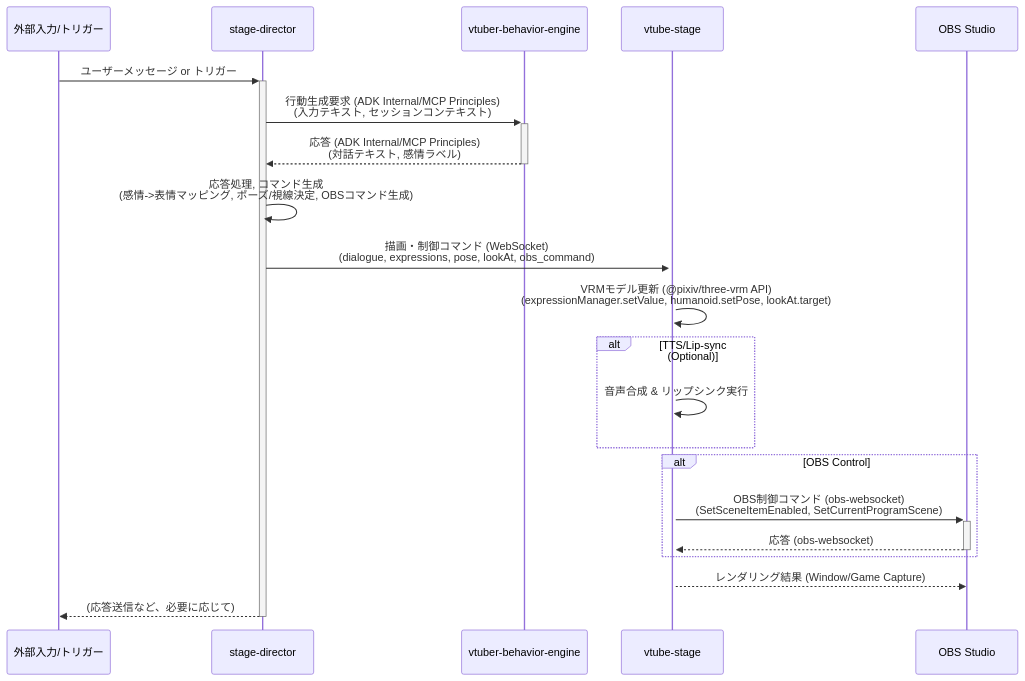
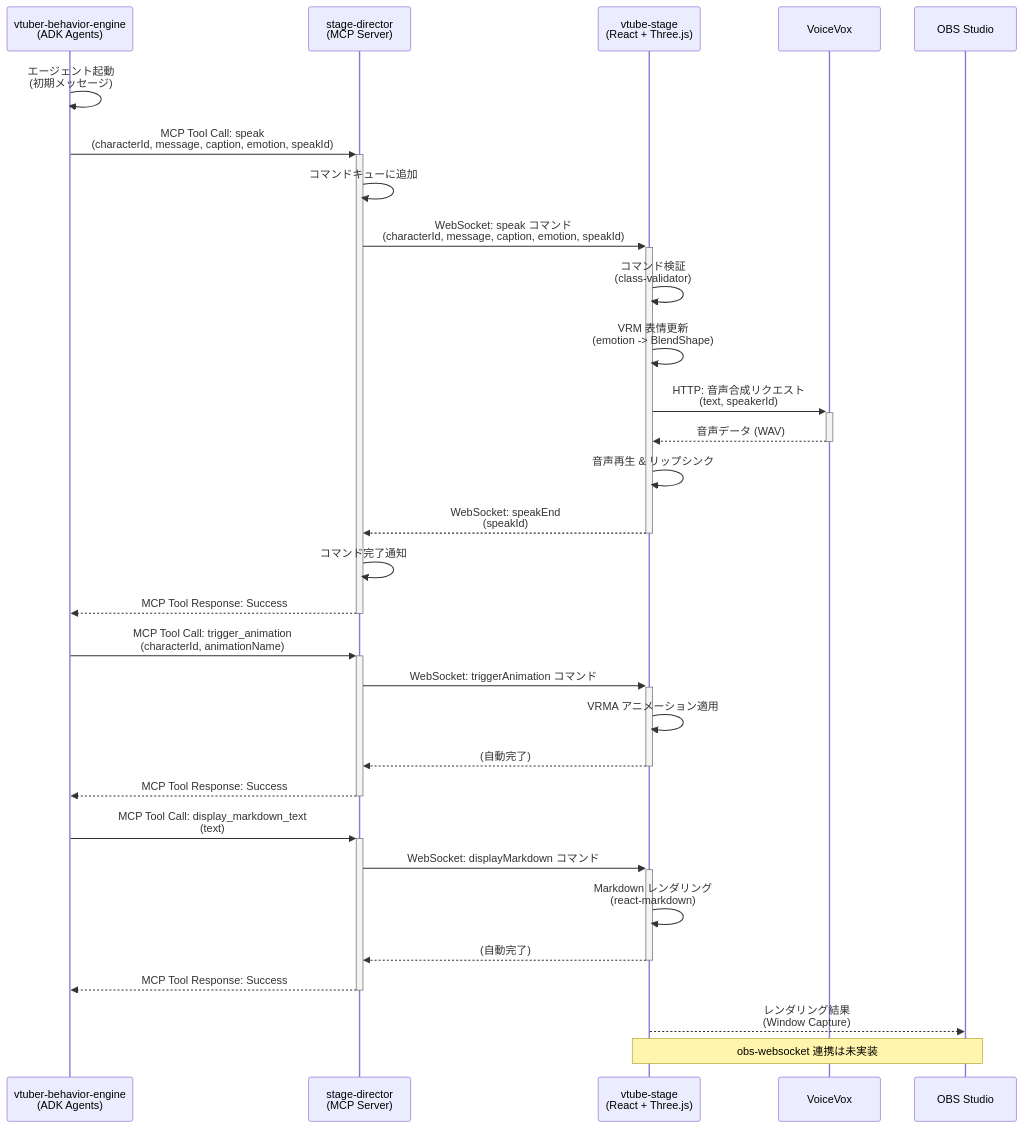
The second of 2 diagrams in docs/architecture.md (LongbowXXX/ai-tuber), drawn with Mermaid before and after one commit. The commit also changed other lines of this file and 3 other files, not shown here.

First line of the commit message:
Enhance documentation for Stage Director and VTuber Behavior Engine

````diff
--- a/docs/architecture.md
+++ b/docs/architecture.md
@@ -123,24 +121,36 @@
 ```mermaid
 sequenceDiagram
-    participant Input as 外部入力/トリガー
-    participant SD as stage-director
-    participant VBE as vtuber-behavior-engine
-    participant VS as vtube-stage
+    participant VBE as vtuber-behavior-engine<br/>(ADK Agents)
+    participant SD as stage-director<br/>(MCP Server)
+    participant VS as vtube-stage<br/>(React + Three.js)
+    participant VV as VoiceVox
     participant OBS as OBS Studio
-    Input ->>+ SD: ユーザーメッセージ or トリガー
-    SD ->>+ VBE: 行動生成要求 (ADK Internal/MCP Principles)<br/>(入力テキスト, セッションコンテキスト)
-    VBE -->>- SD: 応答 (ADK Internal/MCP Principles)<br/>(対話テキスト, 感情ラベル)
-    SD ->> SD: 応答処理, コマンド生成<br/>(感情->表情マッピング, ポーズ/視線決定, OBSコマンド生成)
-    SD ->>+ VS: 描画・制御コマンド (WebSocket)<br/>(dialogue, expressions, pose, lookAt, obs_command)
-    VS ->> VS: VRMモデル更新 (@pixiv/three-vrm API)<br/>(expressionManager.setValue, humanoid.setPose, lookAt.target)
-    alt TTS/Lip-sync (Optional)
-        VS ->> VS: 音声合成 & リップシンク実行
-    end
-    alt OBS Control
-        VS ->>+ OBS: OBS制御コマンド (obs-websocket)<br/>(SetSceneItemEnabled, SetCurrentProgramScene)
-        OBS -->>- VS: 応答 (obs-websocket)
-    end
-    VS -->> OBS: レンダリング結果 (Window/Game Capture)
-    SD -->>- Input: (応答送信など、必要に応じて)
 
+    VBE ->> VBE: エージェント起動<br/>(初期メッセージ)
+    VBE ->>+ SD: MCP Tool Call: speak<br/>(characterId, message, caption, emotion, speakId)
+    SD ->> SD: コマンドキューに追加
+    SD ->>+ VS: WebSocket: speak コマンド<br/>(characterId, message, caption, emotion, speakId)
+    VS ->> VS: コマンド検証<br/>(class-validator)
+    VS ->> VS: VRM 表情更新<br/>(emotion -> BlendShape)
+    VS ->>+ VV: HTTP: 音声合成リクエスト<br/>(text, speakerId)
+    VV -->>- VS: 音声データ (WAV)
+    VS ->> VS: 音声再生 & リップシンク
+    VS -->>- SD: WebSocket: speakEnd<br/>(speakId)
+    SD ->> SD: コマンド完了通知
+    SD -->>- VBE: MCP Tool Response: Success
+
+    VBE ->>+ SD: MCP Tool Call: trigger_animation<br/>(characterId, animationName)
+    SD ->>+ VS: WebSocket: triggerAnimation コマンド
+    VS ->> VS: VRMA アニメーション適用
+    VS -->>- SD: (自動完了)
+    SD -->>- VBE: MCP Tool Response: Success
+
+    VBE ->>+ SD: MCP Tool Call: display_markdown_text<br/>(text)
+    SD ->>+ VS: WebSocket: displayMarkdown コマンド
+    VS ->> VS: Markdown レンダリング<br/>(react-markdown)
+    VS -->>- SD: (自動完了)
+    SD -->>- VBE: MCP Tool Response: Success
+
+    VS -->> OBS: レンダリング結果<br/>(Window Capture)
+    Note over VS,OBS: obs-websocket 連携は未実装
 ```
````
